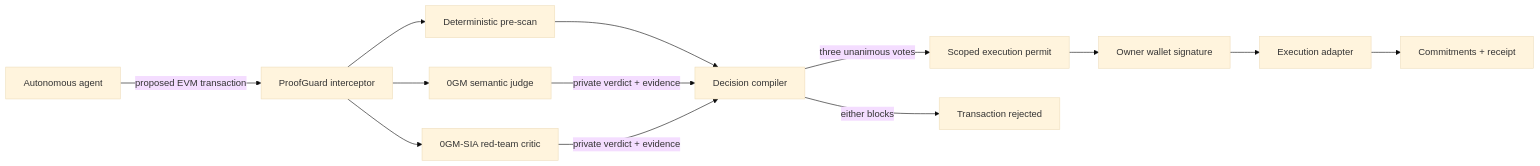
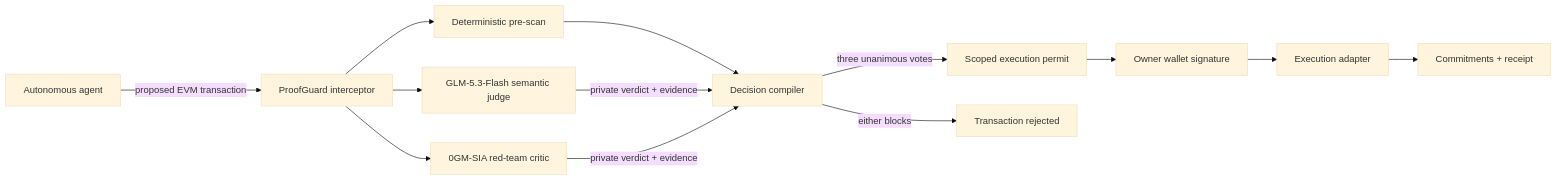
Before and after one commit to Fu99966/proofguard-0g: the diagram in README.md, drawn with Mermaid (base theme). The commit also changed other lines of this file and 10 other files, not shown here.

````diff
--- a/README.md
+++ b/README.md
@@ -58,15 +58,15 @@
 ```mermaid
 flowchart LR
     A["Autonomous agent"] -->|proposed EVM transaction| I["ProofGuard interceptor"]
     I --> D["Deterministic pre-scan"]
-    I --> Z1["0GM semantic judge"]
+    I --> Z1["GLM-5.3-Flash semantic judge"]
     I --> Z2["0GM-SIA red-team critic"]
     D --> C["Decision compiler"]
     Z1 -->|private verdict + evidence| C
     Z2 -->|private verdict + evidence| C
     C -->|three unanimous votes| P["Scoped execution permit"]
     C -->|either blocks| B["Transaction rejected"]
     P --> W["Owner wallet signature"]
     W --> E["Execution adapter"]
     E --> R["Commitments + receipt"]
 ```
````
